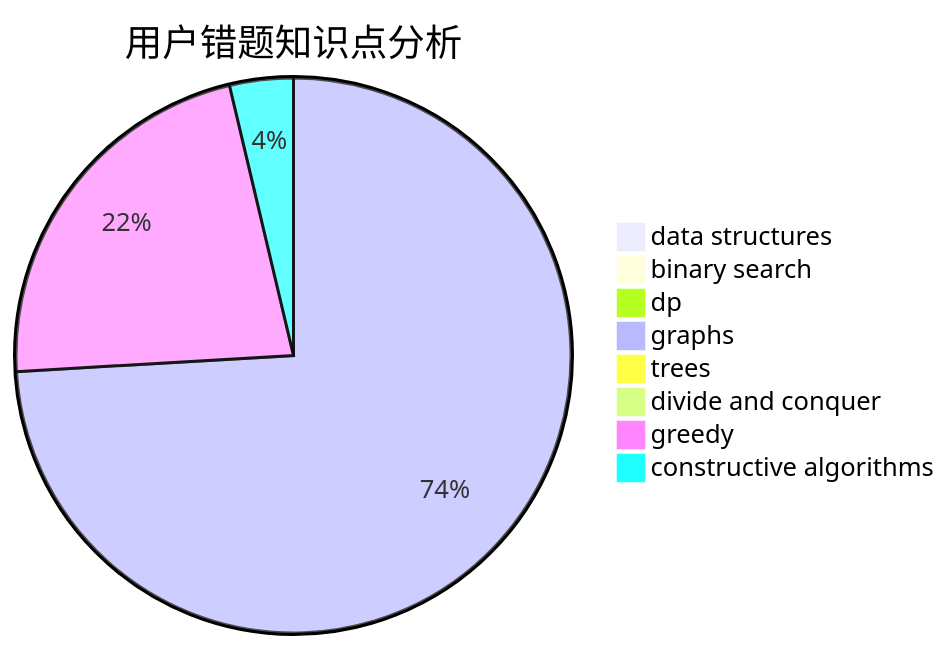
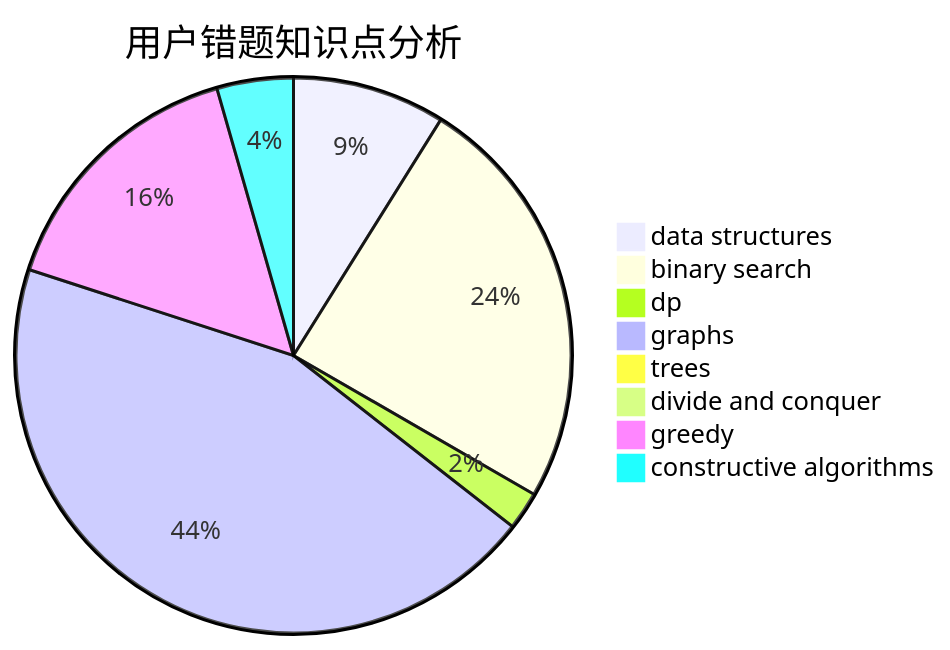
The third of 3 diagrams in docs/user/u787.md (sherpahu/cfrs.github.io), drawn with Mermaid before and after one commit. The commit also changed other lines of this file and 2770 other files, not shown here.

````diff
--- a/docs/user/u787.md
+++ b/docs/user/u787.md
@@ -36,11 +36,11 @@
 ```mermaid
 pie title 用户错题知识点分析
-    "data structures" :  0
-    "binary search" :  0
-    "dp" :  0
+    "data structures" :  4
+    "binary search" :  11
+    "dp" :  1
     "graphs" :  20
     "trees" :  0
     "divide and conquer" :  0
-    "greedy" :  6
-    "constructive algorithms" :  1
+    "greedy" :  7
+    "constructive algorithms" :  2
 ```
````
